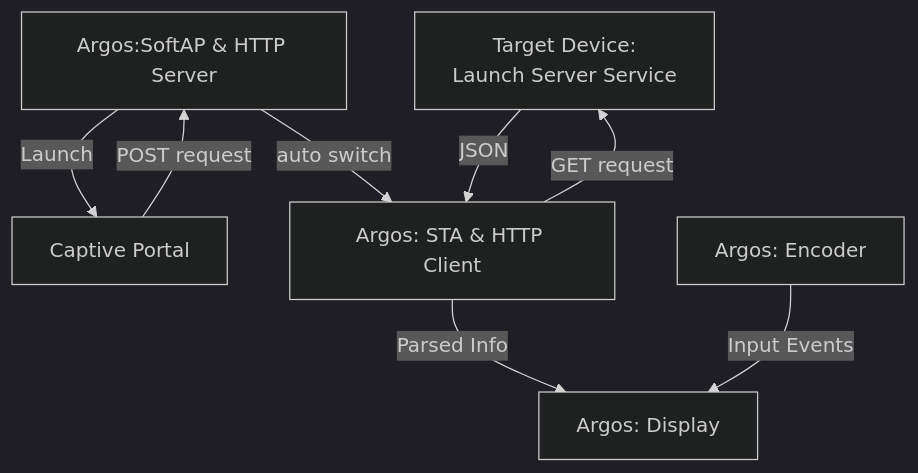
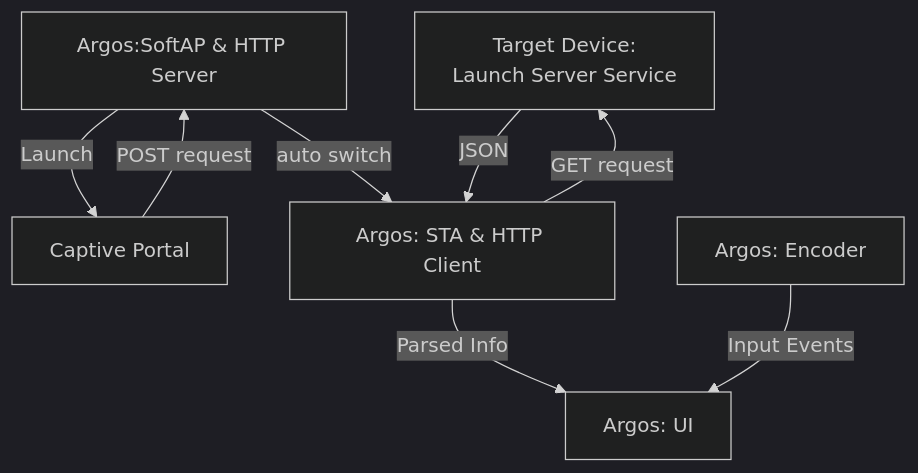
Before and after one commit to Jav1ki4N/Argos: the diagram in readme.md, drawn with Mermaid (dark theme). The commit also changed other lines of this file and 17 other files, not shown here.

````diff
--- a/readme.md
+++ b/readme.md
@@ -34,12 +34,12 @@
 ```mermaid
 graph TD
 A[Target Device: 
 Launch Server Service]
 B[Argos:SoftAP & HTTP Server]-->|Launch|C[Captive Portal]
 C-->|POST request|B
 B-->|auto switch|D[Argos: STA & HTTP Client]
 D-->|GET request|A
 A-->|JSON|D
-D-->|Parsed Info|E[Argos: Display]
+D-->|Parsed Info|E[Argos: UI]
 F[Argos: Encoder]-->|Input Events|E
 ```
````
